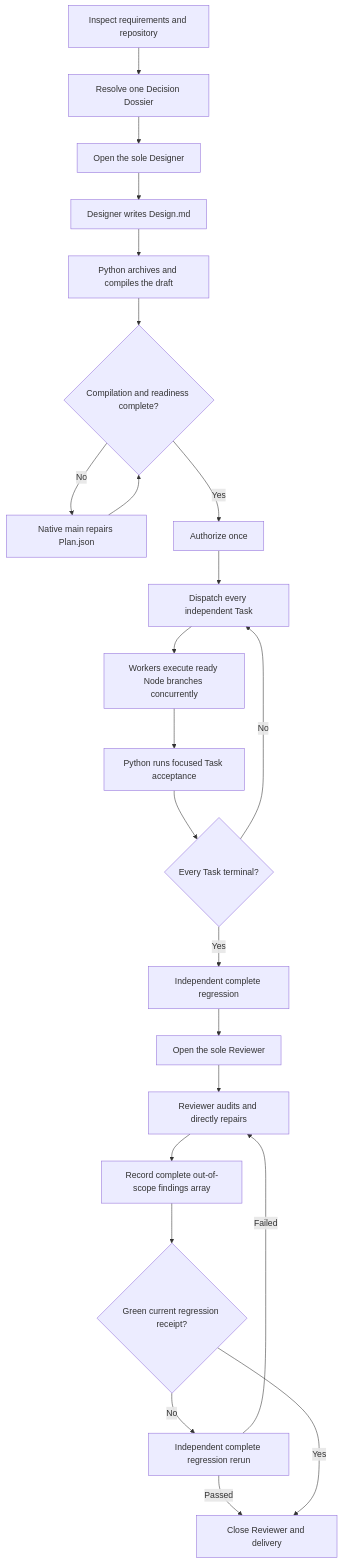
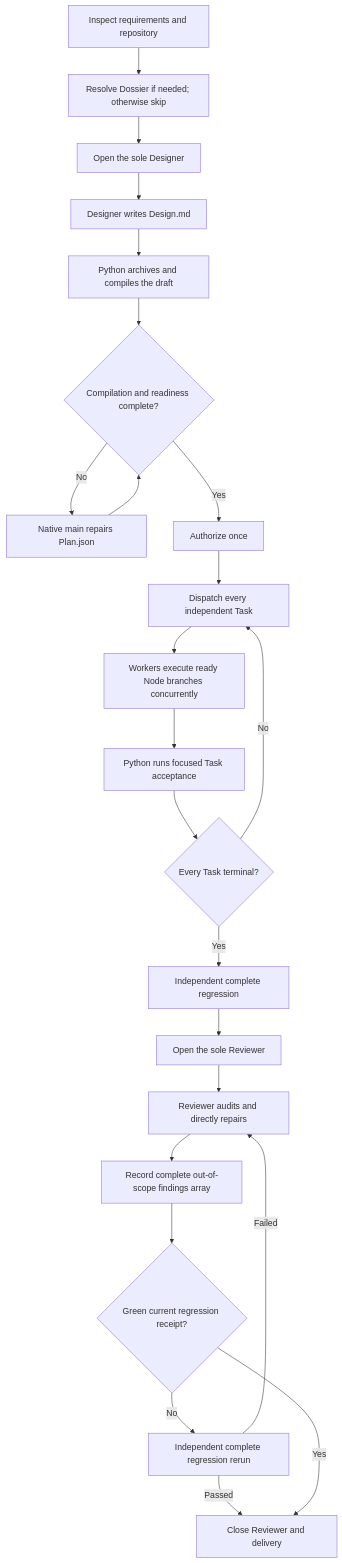
Before and after one commit to Unka-Malloc/better-plan: the diagram in references/workflow.md, drawn with Mermaid. The commit also changed other lines of this file and 49 other files, not shown here.

````diff
--- a/references/workflow.md
+++ b/references/workflow.md
@@ -36,25 +36,25 @@
 ```mermaid
 flowchart TD
-    A["Inspect requirements and repository"] --> B["Resolve one Decision Dossier"]
+    A["Inspect requirements and repository"] --> B["Resolve Dossier if needed; otherwise skip"]
     B --> C["Open the sole Designer"]
     C --> D["Designer writes Design.md"]
     D --> E["Python archives and compiles the draft"]
     E --> F{"Compilation and readiness complete?"}
     F -- "No" --> G["Native main repairs Plan.json"]
     G --> F
     F -- "Yes" --> H["Authorize once"]
     H --> I["Dispatch every independent Task"]
     I --> J["Workers execute ready Node branches concurrently"]
     J --> K["Python runs focused Task acceptance"]
     K --> L{"Every Task terminal?"}
     L -- "No" --> I
     L -- "Yes" --> M["Independent complete regression"]
     M --> N["Open the sole Reviewer"]
     N --> O["Reviewer audits and directly repairs"]
     O --> X["Record complete out-of-scope findings array"]
     X --> P{"Green current regression receipt?"}
     P -- "No" --> Q["Independent complete regression rerun"]
     Q -- "Failed" --> O
     Q -- "Passed" --> R["Close Reviewer and delivery"]
     P -- "Yes" --> R
 ```
````
